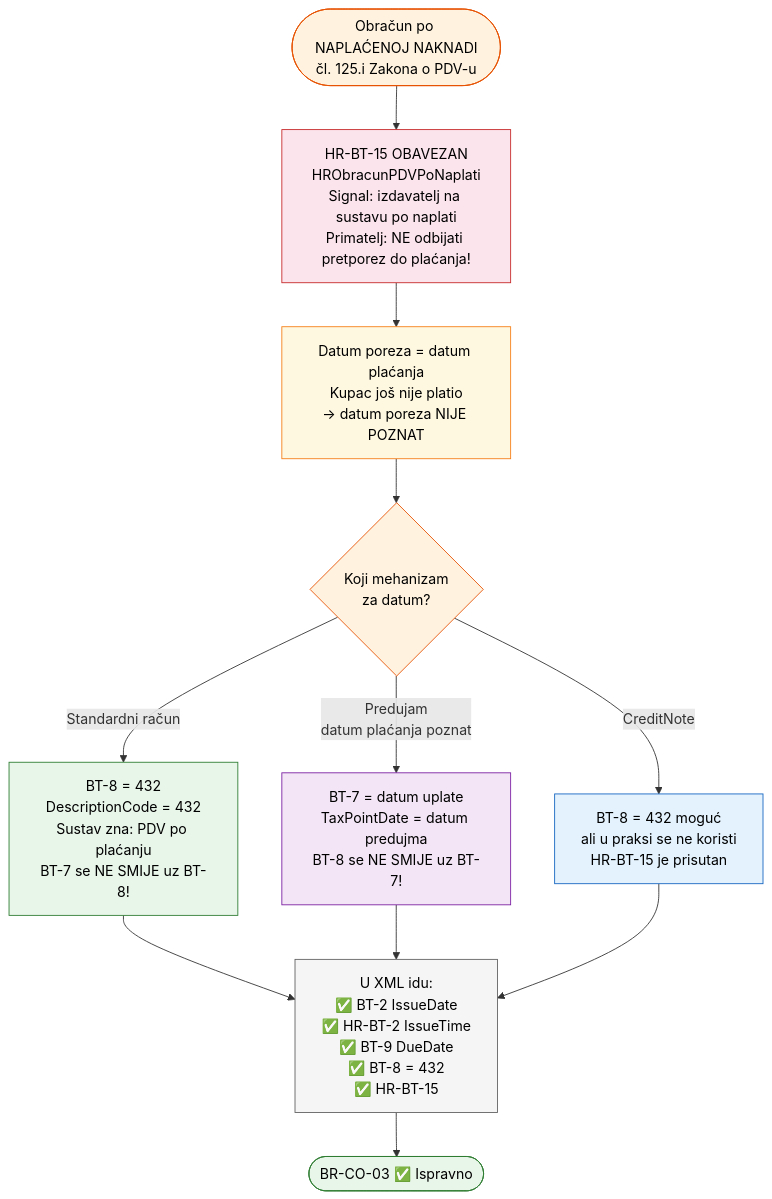
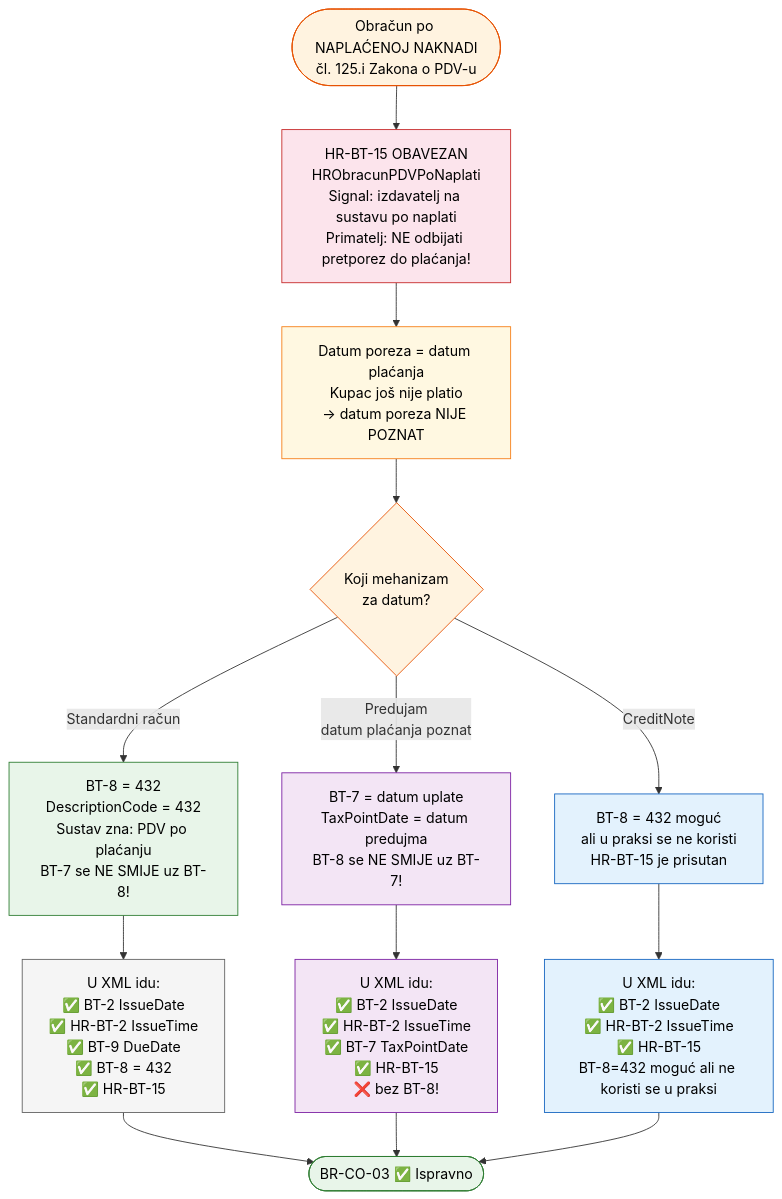
The third of 3 diagrams in docs/pravila.md (dageci/eracun-fiskalizacija-datumi), drawn with Mermaid before and after one commit. The commit also changed other lines of this file and 4 other files, not shown here.

````diff
--- a/docs/pravila.md
+++ b/docs/pravila.md
@@ -242,33 +242,38 @@
 ```mermaid
 flowchart TD
     A([Obračun po NAPLAĆENOJ NAKNADI<br>čl. 125.i Zakona o PDV-u])
 
     A --> HRBT15[HR-BT-15 OBAVEZAN<br>HRObracunPDVPoNaplati<br>Signal: izdavatelj na sustavu po naplati<br>Primatelj: NE odbijati pretporez do plaćanja!]
 
     HRBT15 --> B[Datum poreza = datum plaćanja<br>Kupac još nije platio<br>→ datum poreza NIJE POZNAT]
 
     B --> C{Koji mehanizam<br>za datum?}
 
     C -->|Standardni račun| C1[BT-8 = 432<br>DescriptionCode = 432<br>Sustav zna: PDV po plaćanju<br>BT-7 se NE SMIJE uz BT-8!]
 
     C -->|Predujam<br>datum plaćanja poznat| C2[BT-7 = datum uplate<br>TaxPointDate = datum predujma<br>BT-8 se NE SMIJE uz BT-7!]
 
     C -->|CreditNote| C3[BT-8 = 432 moguć<br>ali u praksi se ne koristi<br>HR-BT-15 je prisutan]
 
     C1 --> XML[U XML idu:<br>✅ BT-2 IssueDate<br>✅ HR-BT-2 IssueTime<br>✅ BT-9 DueDate<br>✅ BT-8 = 432<br>✅ HR-BT-15]
 
-    C2 --> XML
-    C3 --> XML
+    C2 --> XML2[U XML idu:<br>✅ BT-2 IssueDate<br>✅ HR-BT-2 IssueTime<br>✅ BT-7 TaxPointDate<br>✅ HR-BT-15<br>❌ bez BT-8!]
+
+    C3 --> XML3[U XML idu:<br>✅ BT-2 IssueDate<br>✅ HR-BT-2 IssueTime<br>✅ HR-BT-15<br>BT-8=432 moguć ali ne koristi se u praksi]
 
     XML --> OK([BR-CO-03 ✅ Ispravno])
+    XML2 --> OK
+    XML3 --> OK
 
     style A fill:#fff3e0,stroke:#e65100,color:#000
     style HRBT15 fill:#fce4ec,stroke:#c62828,color:#000
     style B fill:#fff8e1,stroke:#f57f17,color:#000
     style C fill:#fff3e0,stroke:#e65100,color:#000
     style C1 fill:#e8f5e9,stroke:#2e7d32,color:#000
     style C2 fill:#f3e5f5,stroke:#7b1fa2,color:#000
     style C3 fill:#e3f2fd,stroke:#1565c0,color:#000
     style XML fill:#f5f5f5,stroke:#616161,color:#000
+    style XML2 fill:#f3e5f5,stroke:#7b1fa2,color:#000
+    style XML3 fill:#e3f2fd,stroke:#1565c0,color:#000
     style OK fill:#e8f5e9,stroke:#2e7d32,color:#000
 ```
````
